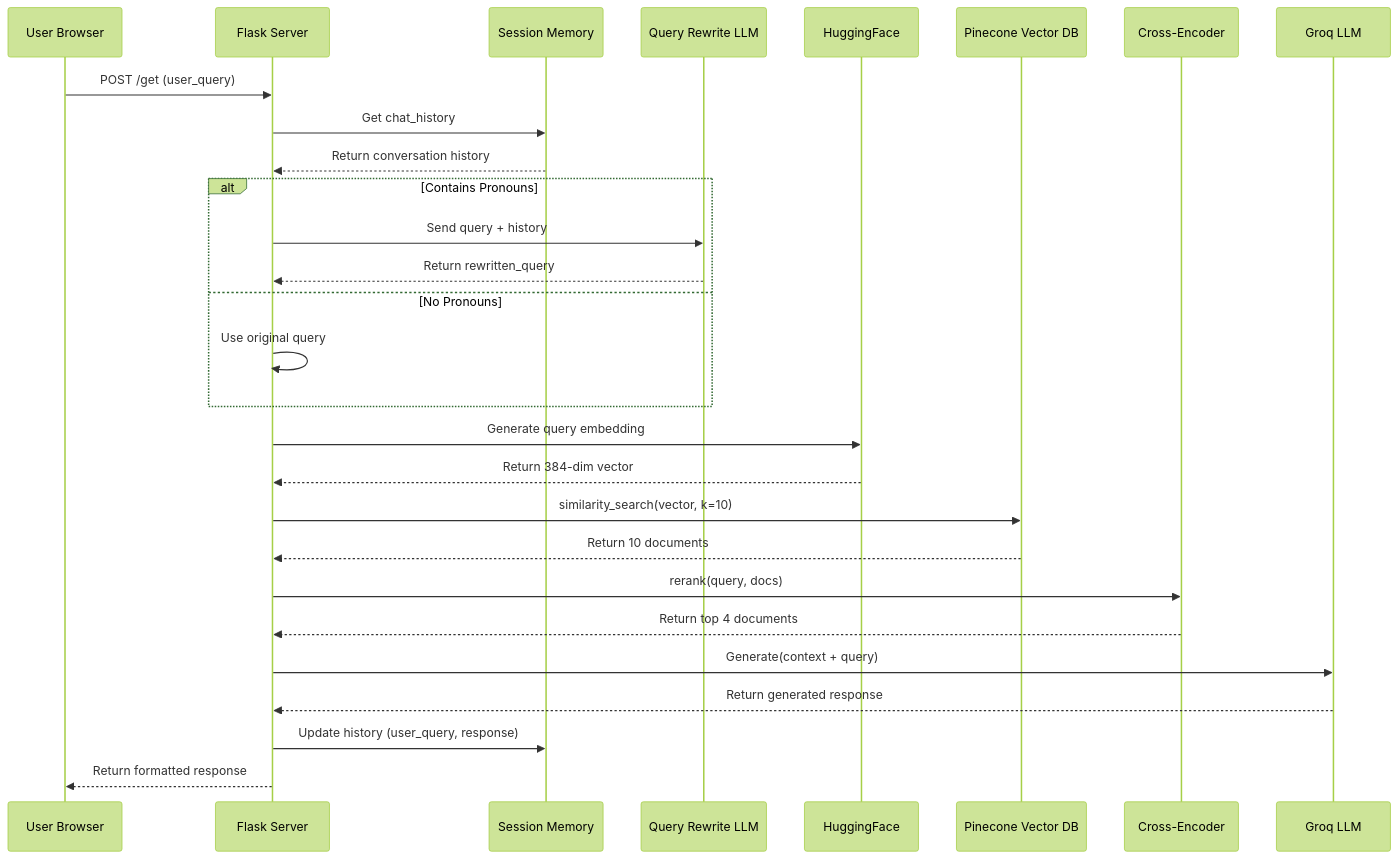
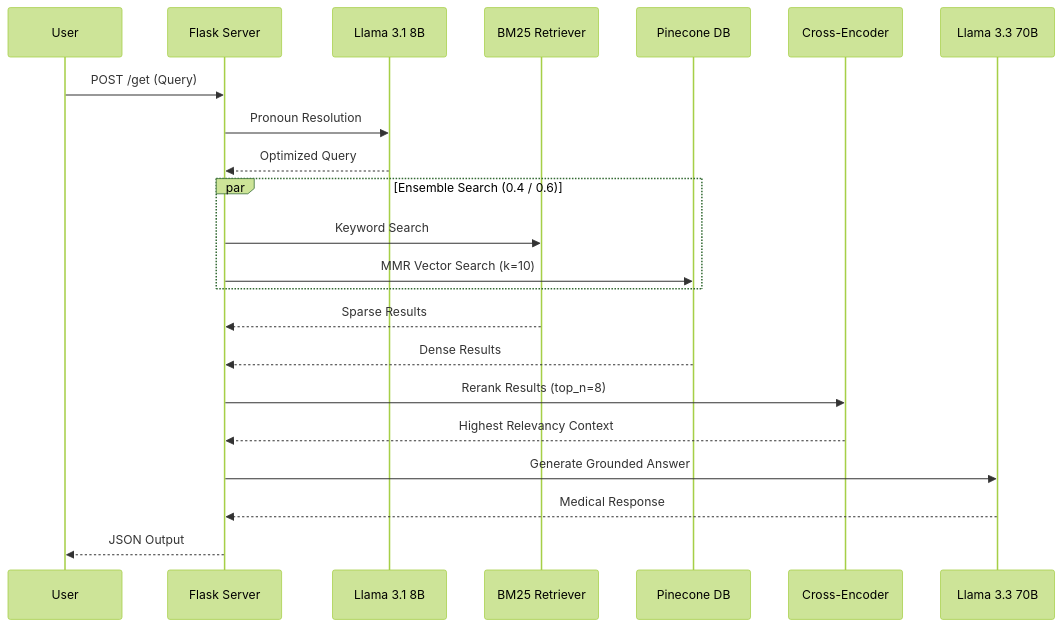
Before and after one commit to kinza7124/Medi-Query: the fourth of 5 diagrams in docs/SRS_Report_IEEE.md, drawn with Mermaid (forest theme). The commit also changed other lines of this file and 30 other files, not shown here.

````diff
--- a/docs/SRS_Report_IEEE.md
+++ b/docs/SRS_Report_IEEE.md
@@ -426,37 +345,30 @@
 ```mermaid
 sequenceDiagram
-    participant User as User Browser
+    participant User
     participant Flask as Flask Server
-    participant Memory as Session Memory
-    participant Rewrite as Query Rewrite LLM
-    participant Embeddings as HuggingFace
-    participant Pinecone as Pinecone Vector DB
+    participant Rewrite as Llama 3.1 8B
+    participant BM25 as BM25 Retriever
+    participant Pinecone as Pinecone DB
     participant Reranker as Cross-Encoder
-    participant Groq as Groq LLM
+    participant Groq as Llama 3.3 70B
 
-    User->>Flask: POST /get (user_query)
-    Flask->>Memory: Get chat_history
-    Memory-->>Flask: Return conversation history
+    User->>Flask: POST /get (Query)
+    Flask->>Rewrite: Pronoun Resolution
+    Rewrite-->>Flask: Optimized Query
     
-    alt Contains Pronouns
-        Flask->>Rewrite: Send query + history
-        Rewrite-->>Flask: Return rewritten_query
-    else No Pronouns
-        Flask->>Flask: Use original query
+    par Ensemble Search (0.4 / 0.6)
+        Flask->>BM25: Keyword Search
+        Flask->>Pinecone: MMR Vector Search (k=10)
     end
     
-    Flask->>Embeddings: Generate query embedding
-    Embeddings-->>Flask: Return 384-dim vector
+    BM25-->>Flask: Sparse Results
+    Pinecone-->>Flask: Dense Results
     
-    Flask->>Pinecone: similarity_search(vector, k=10)
-    Pinecone-->>Flask: Return 10 documents
+    Flask->>Reranker: Rerank Results (top_n=8)
+    Reranker-->>Flask: Highest Relevancy Context
     
-    Flask->>Reranker: rerank(query, docs)
-    Reranker-->>Flask: Return top 4 documents
+    Flask->>Groq: Generate Grounded Answer
+    Groq-->>Flask: Medical Response
     
-    Flask->>Groq: Generate(context + query)
-    Groq-->>Flask: Return generated response
-    
-    Flask->>Memory: Update history (user_query, response)
-    Flask-->>User: Return formatted response
+    Flask-->>User: JSON Output
 ```
````
